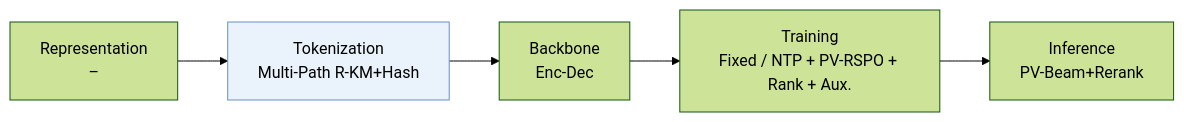
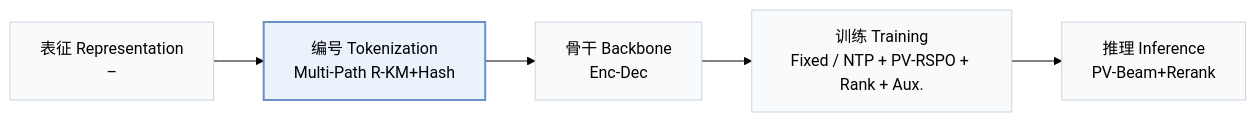
The first of 2 diagrams in pages/zh/papers/gr4ad-x.md (Galaxy-ghost/Awesome-SID-Generative-Rec), drawn with Mermaid (forest theme) before and after one commit. The commit also changed other lines of this file and 649 other files, not shown here.

Commit message:
writer-05: also tags and modality index (schema, check, build, visuals); summary field removed; calibration data for 12 papers

````diff
--- a/pages/zh/papers/gr4ad-x.md
+++ b/pages/zh/papers/gr4ad-x.md
@@ -13,6 +15,8 @@
 ```mermaid
 flowchart LR
-    R["Representation<br/>–"] --> T["Tokenization<br/>Multi-Path R-KM+Hash"] --> B["Backbone<br/>Enc-Dec"] --> TR["Training<br/>Fixed / NTP + PV-RSPO + Rank + Aux."] --> I["Inference<br/>PV-Beam+Rerank"]
-    classDef main fill:#eaf2fb,stroke:#6b8fc7
+    R["表征 Representation<br/>–"] --> T["编号 Tokenization<br/>Multi-Path R-KM+Hash"] --> B["骨干 Backbone<br/>Enc-Dec"] --> TR["训练 Training<br/>Fixed / NTP + PV-RSPO + Rank + Aux."] --> I["推理 Inference<br/>PV-Beam+Rerank"]
+    classDef base fill:#f8fafc,stroke:#cbd5e1
+    class R,T,B,TR,I base
+    classDef main fill:#eaf2fb,stroke:#6b8fc7,stroke-width:2px
     class T main
 ```
````
